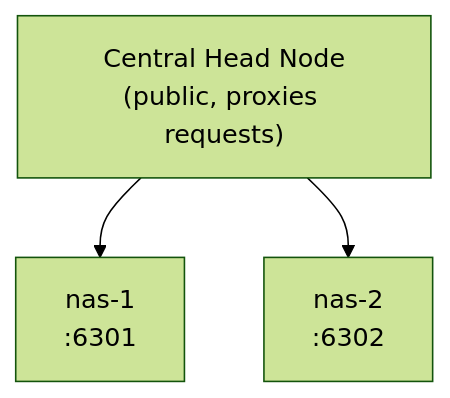
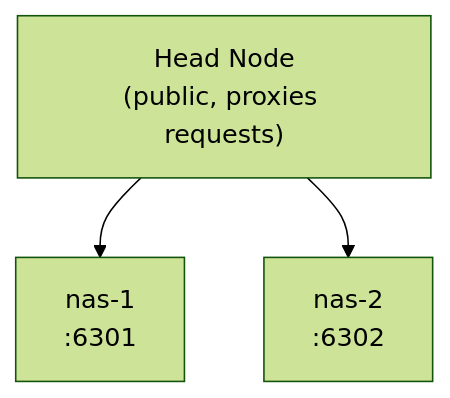
Before and after one commit to brege/monitorat: the diagram in demo/federation/central/docs/README.md, drawn with Mermaid (forest theme). The commit also changed other lines of this file and 22 other files, not shown here.

````diff
--- a/demo/federation/central/docs/README.md
+++ b/demo/federation/central/docs/README.md
@@ -43,8 +44,8 @@
 ```mermaid
 flowchart TB
-  central["Central Head Node<br/>(public, proxies requests)"]
+  central["Head Node<br/>(public, proxies requests)"]
   nas1["nas-1<br/>:6301"]
   nas2["nas-2<br/>:6302"]
   central --> nas1
   central --> nas2
 ```
````
